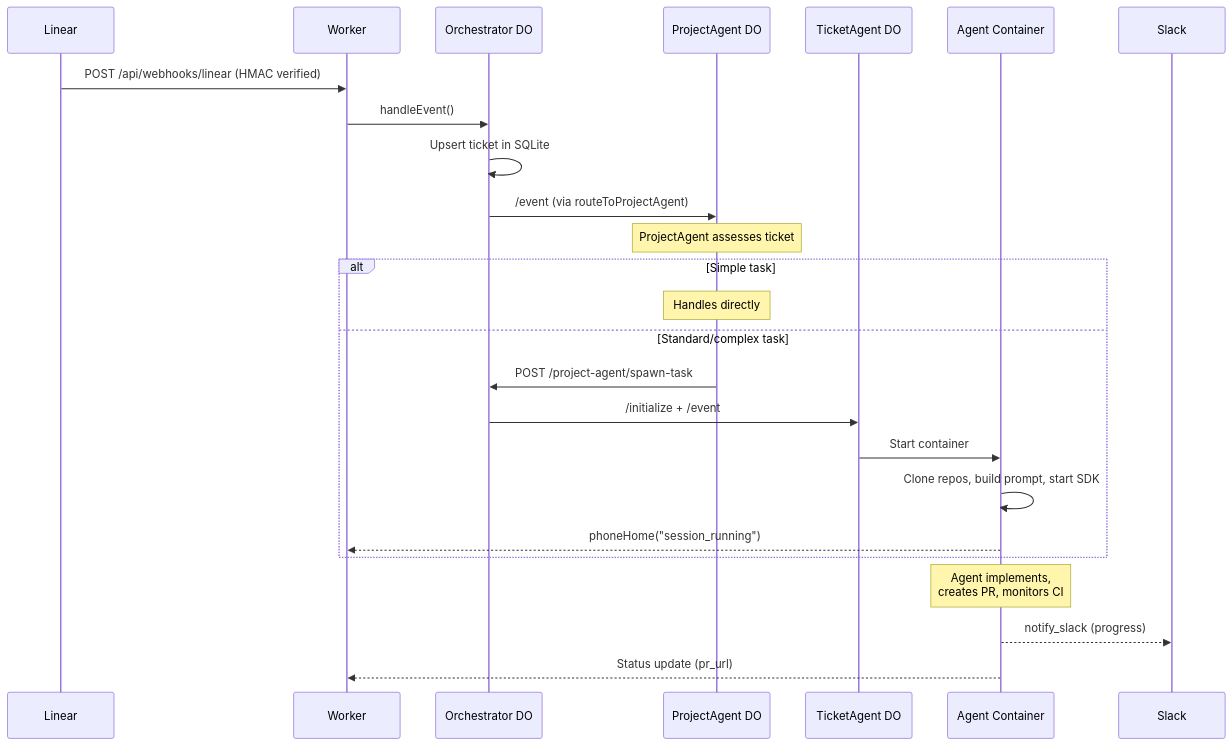
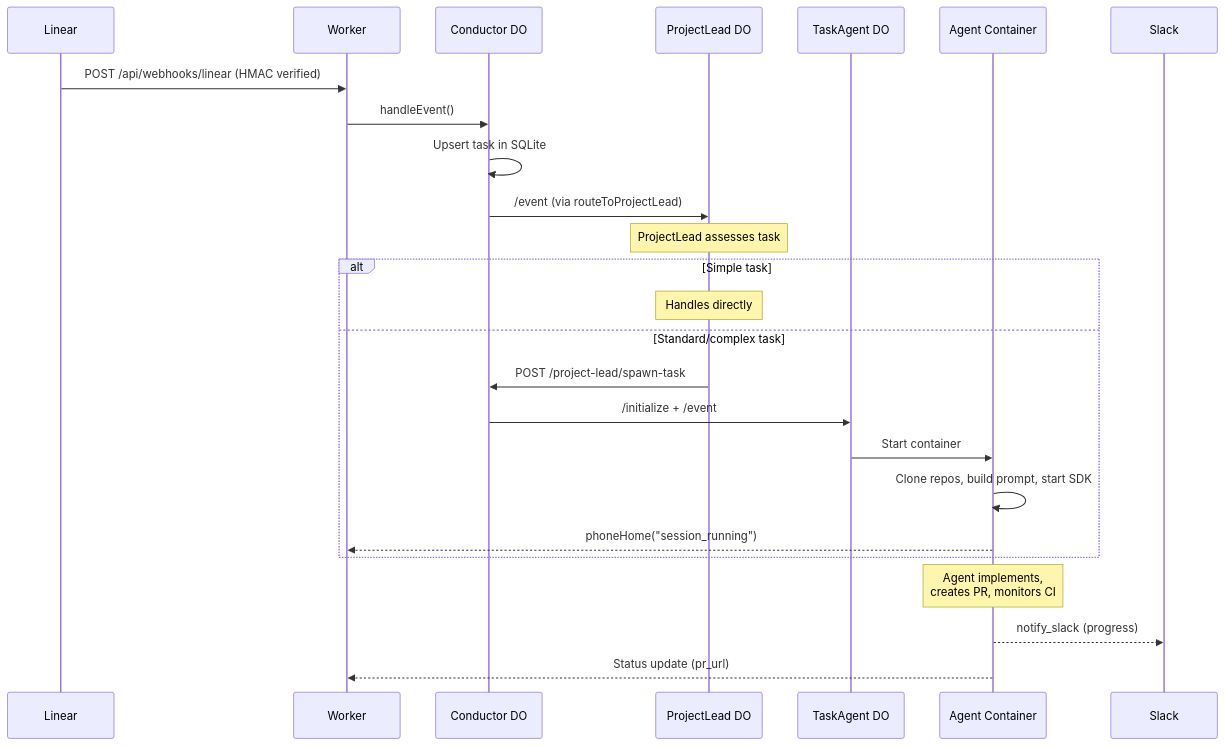
The seventh of 8 diagrams in docs/architecture/architecture.md (fryanpan/product-engineer), drawn with Mermaid before and after one commit. The commit also changed other lines of this file and 34 other files, not shown here.

First line of the commit message:
docs: update all documentation for task/conductor terminology

````diff
--- a/docs/architecture/architecture.md
+++ b/docs/architecture/architecture.md
@@ -412,31 +412,31 @@
 ```mermaid
 sequenceDiagram
     participant Linear
     participant W as Worker
-    participant O as Orchestrator DO
-    participant PA as ProjectAgent DO
-    participant TA as TicketAgent DO
+    participant O as Conductor DO
+    participant PA as ProjectLead DO
+    participant TA as TaskAgent DO
     participant AC as Agent Container
 
     Linear->>W: POST /api/webhooks/linear (HMAC verified)
     W->>O: handleEvent()
-    O->>O: Upsert ticket in SQLite
+    O->>O: Upsert task in SQLite
 
-    O->>PA: /event (via routeToProjectAgent)
-    Note over PA: ProjectAgent assesses ticket
+    O->>PA: /event (via routeToProjectLead)
+    Note over PA: ProjectLead assesses task
 
     alt Simple task
         Note over PA: Handles directly
     else Standard/complex task
-        PA->>O: POST /project-agent/spawn-task
+        PA->>O: POST /project-lead/spawn-task
         O->>TA: /initialize + /event
         TA->>AC: Start container
         AC->>AC: Clone repos, build prompt, start SDK
         AC-->>W: phoneHome("session_running")
     end
 
     Note over AC: Agent implements,<br/>creates PR, monitors CI
 
     AC-->>Slack: notify_slack (progress)
     AC-->>W: Status update (pr_url)
 ```
````
